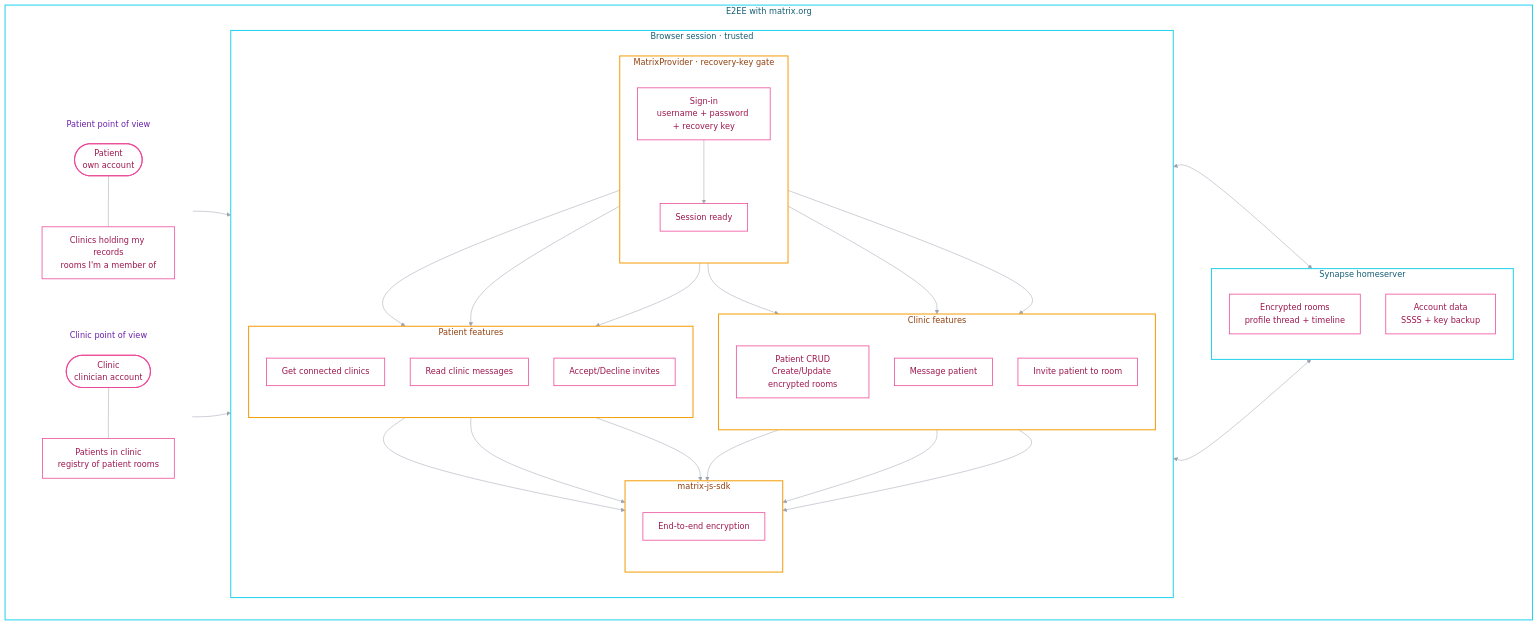
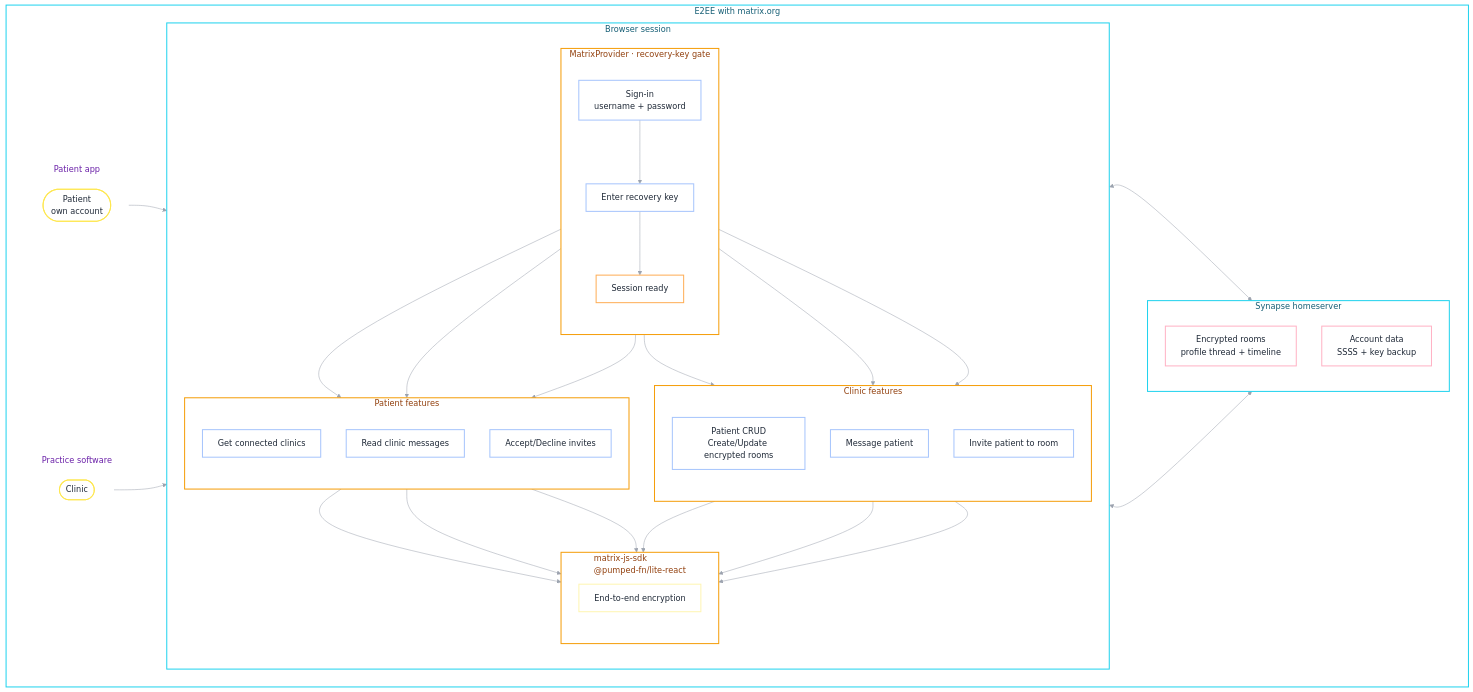
One commit to tini-works/e2ee-exploration changed the second of 2 diagrams in .c3/c3.md. Above: the diagram before and after it, drawn with Mermaid. The commit also changed other lines of this file, not shown here.

Commit message:
docs(c3): recolor flow diagram with EventStorming palette
Apply actor/command/event/policy/external_system classes to flow nodes,
split sign-in into separate username/password and recovery key steps,
and rename POV containers.

````diff
--- a/.c3/c3.md
+++ b/.c3/c3.md
@@ -59,63 +61,61 @@
 ```mermaid
-%%{init: {'theme':'base', 'themeVariables': {'background':'#ffffff','mainBkg':'#ffffff','secondBkg':'#ffffff','tertiaryColor':'#ffffff','primaryColor':'#ffffff','primaryTextColor':'#1f2937','primaryBorderColor':'#ffffff','lineColor':'#9ca3af','clusterBkg':'#ffffff','clusterBorder':'#ffffff','nodeBkg':'#ffffff','nodeBorder':'#ffffff'}}}%%
+%%{init: {'theme':'base', 'themeVariables': {'background':'#ffffff','primaryTextColor':'#1f2937','lineColor':'#9ca3af','clusterBkg':'#ffffff','clusterBorder':'#ffffff'}}}%%
 
 flowchart LR
     subgraph App["E2EE with matrix.org"]
         direction LR
 
-        subgraph ClinicPOV["Clinic point of view"]
+        subgraph ClinicPOV["Practice software"]
             direction TB
-            Clinic(["Clinic<br/>clinician account"]):::userNode
-            ClinicPatients["Patients in clinic<br/>registry of patient rooms"]:::leaf
-            Clinic --- ClinicPatients
+            Clinic(["Clinic"]):::actor
         end
 
-        subgraph PatientPOV["Patient point of view"]
+        subgraph PatientPOV["Patient app"]
             direction TB
-            Patient(["Patient<br/>own account"]):::userNode
-            PatientClinics["Clinics holding my records<br/>rooms I'm a member of"]:::leaf
-            Patient --- PatientClinics
+            Patient(["Patient<br/>own account"]):::actor
         end
 
-        subgraph BrowserZone["Browser session · trusted"]
+        subgraph BrowserZone["Browser session"]
             direction TB
 
             subgraph Gate["MatrixProvider · recovery-key gate"]
                 direction TB
-                SignIn["Sign-in<br/>username + password + recovery key"]:::leaf
-                Ready["Session ready"]:::leaf
+                SignIn["Sign-in<br/>username + password"]:::command
+                RecoveryKey["Enter recovery key"]:::command
+                Ready["Session ready"]:::event
+                SignIn --> RecoveryKey
+                RecoveryKey --> Ready
             end
 
-            subgraph Sdk["matrix-js-sdk"]
+            subgraph Sdk["matrix-js-sdk<br/>@pumped-fn/lite-react"]
                 direction TB
-                Crypto["End-to-end encryption"]:::leaf
+                Crypto["End-to-end encryption"]:::policy
             end
 
             subgraph ClinicFeatures["Clinic features"]
                 direction TB
-                PatientCRUD["Patient CRUD<br/>Create/Update encrypted rooms"]:::leaf
-                ClinicMsg["Message patient"]:::leaf
-                SendInvite["Invite patient to room"]:::leaf
+                PatientCRUD["Patient CRUD<br/>Create/Update encrypted rooms"]:::command
+                ClinicMsg["Message patient"]:::command
+                SendInvite["Invite patient to room"]:::command
             end
 
             subgraph PatientFeatures["Patient features"]
                 direction TB
-                ViewHolders["Get connected clinics"]:::leaf
-                ReadMsg["Read clinic messages"]:::leaf
-                RespondInvite["Accept/Decline invites"]:::leaf
+                ViewHolders["Get connected clinics"]:::command
+                ReadMsg["Read clinic messages"]:::command
+                RespondInvite["Accept/Decline invites"]:::command
             end
         end
 
         subgraph SynapseZone["Synapse homeserver"]
             direction TB
-            Rooms["Encrypted rooms<br/>profile thread + timeline"]:::leaf
-            Account["Account data<br/>SSSS + key backup"]:::leaf
+            Rooms["Encrypted rooms<br/>profile thread + timeline"]:::external_system
+            Account["Account data<br/>SSSS + key backup"]:::external_system
         end
     end
 
     Clinic --> SignIn
     Patient --> SignIn
-    SignIn --> Ready
     Ready --> PatientCRUD
     Ready --> ClinicMsg
     Ready --> SendInvite
@@ -131,8 +131,14 @@
     Crypto <--> Rooms
     Crypto <--> Account
 
-    classDef leaf fill:#ffffff,stroke:#ec4899,stroke-width:1.5px,color:#9d174d
-    classDef userNode fill:#ffffff,stroke:#ec4899,stroke-width:2px,color:#9d174d
+    classDef actor fill:#ffffff,stroke:#fee750,stroke-width:2px,color:#1f2937
+    classDef command fill:#ffffff,stroke:#a7c5fc,stroke-width:2px,color:#1f2937
+    classDef event fill:#ffffff,stroke:#feae57,stroke-width:2px,color:#1f2937
+    classDef policy fill:#ffffff,stroke:#fef5b2,stroke-width:2px,color:#1f2937
+    classDef reaction_policy fill:#ffffff,stroke:#da99e6,stroke-width:2px,color:#1f2937
+    classDef read_model fill:#ffffff,stroke:#b0deb3,stroke-width:2px,color:#1f2937
+    classDef ui fill:#ffffff,stroke:#f5f6f8,stroke-width:2px,color:#1f2937
+    classDef external_system fill:#ffffff,stroke:#ffb3c5,stroke-width:2px,color:#1f2937
 
     style ClinicPOV fill:#ffffff,stroke:#ffffff,stroke-width:0px,color:#6b21a8
     style PatientPOV fill:#ffffff,stroke:#ffffff,stroke-width:0px,color:#6b21a8
````
